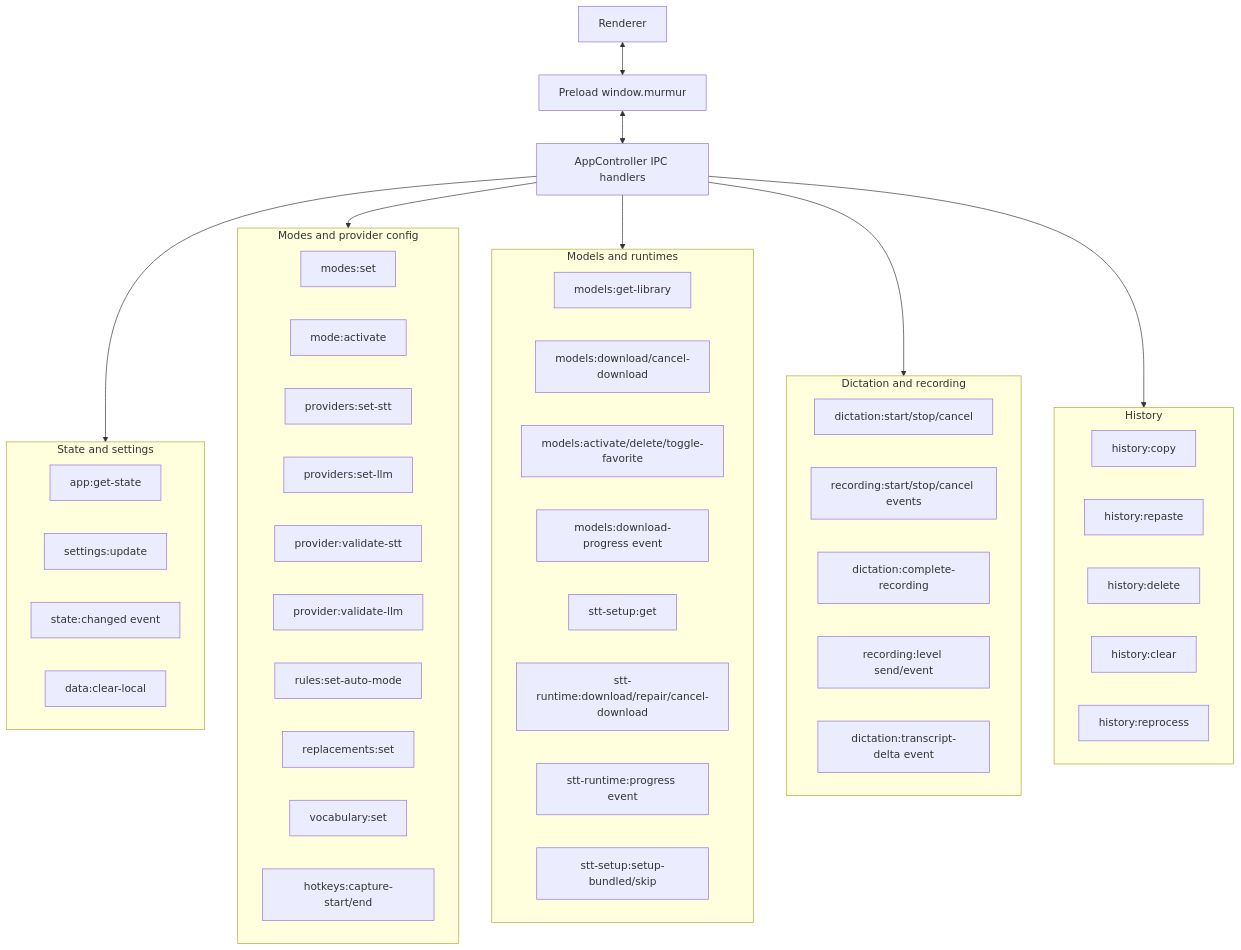
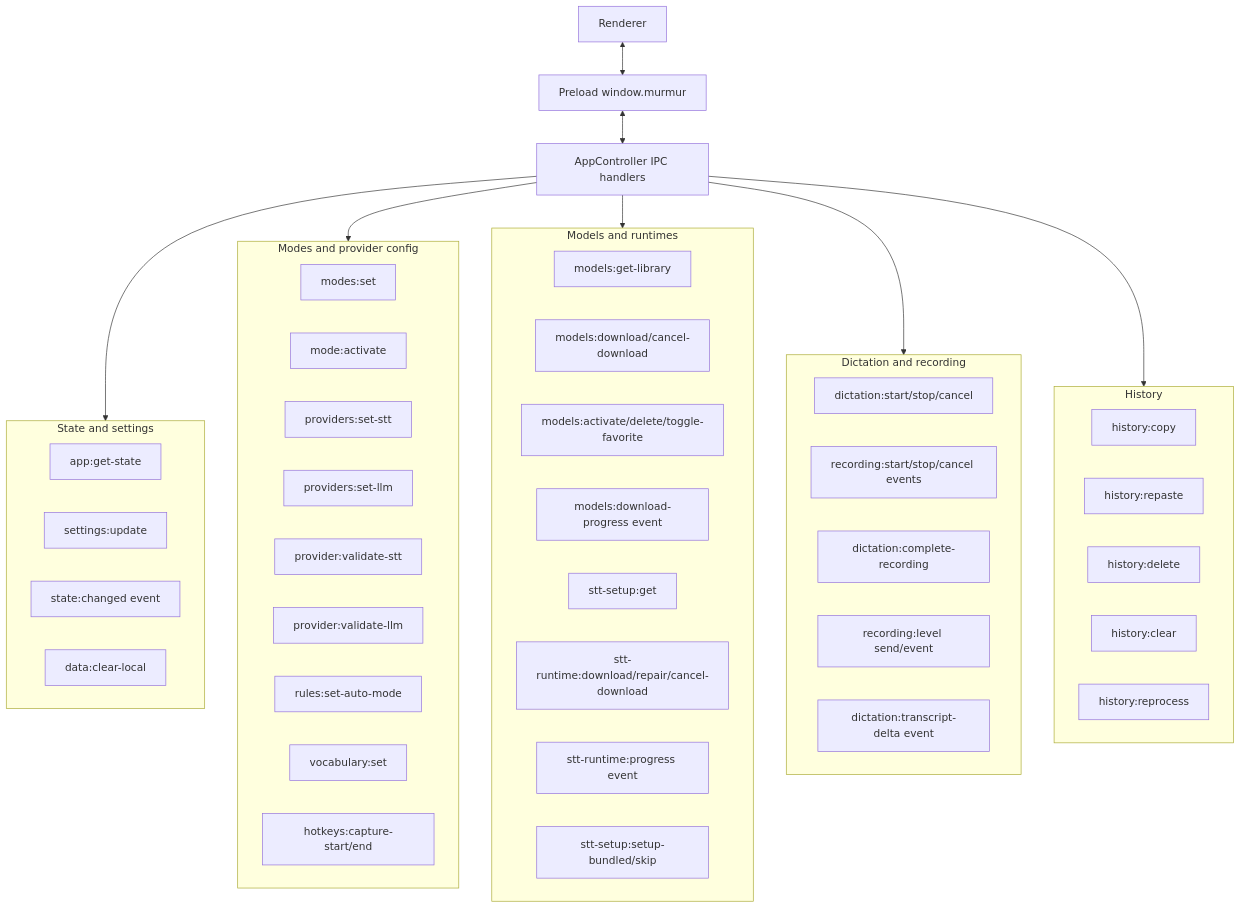
Before and after one commit to strxnd/murmur: the diagram in docs/architecture/processes-and-ipc.md, drawn with Mermaid. The commit also changed 50 other files, not shown here.

````diff
--- a/docs/architecture/processes-and-ipc.md
+++ b/docs/architecture/processes-and-ipc.md
@@ -5,62 +5,61 @@
 ```mermaid
 flowchart TB
   Renderer["Renderer"]
   Preload["Preload window.murmur"]
   Main["AppController IPC handlers"]
 
   Renderer <--> Preload
   Preload <--> Main
 
   subgraph State["State and settings"]
     S1["app:get-state"]
     S2["settings:update"]
     S3["state:changed event"]
     S4["data:clear-local"]
   end
 
   subgraph Config["Modes and provider config"]
     C1["modes:set"]
     C2["mode:activate"]
     C3["providers:set-stt"]
     C4["providers:set-llm"]
     C5["provider:validate-stt"]
     C6["provider:validate-llm"]
     C7["rules:set-auto-mode"]
-    C8["replacements:set"]
-    C9["vocabulary:set"]
-    C10["hotkeys:capture-start/end"]
+    C8["vocabulary:set"]
+    C9["hotkeys:capture-start/end"]
   end
 
   subgraph Models["Models and runtimes"]
     M1["models:get-library"]
     M2["models:download/cancel-download"]
     M3["models:activate/delete/toggle-favorite"]
     M4["models:download-progress event"]
     R1["stt-setup:get"]
     R2["stt-runtime:download/repair/cancel-download"]
     R3["stt-runtime:progress event"]
     R4["stt-setup:setup-bundled/skip"]
   end
 
   subgraph Dictation["Dictation and recording"]
     D1["dictation:start/stop/cancel"]
     D2["recording:start/stop/cancel events"]
     D3["dictation:complete-recording"]
     D4["recording:level send/event"]
     D5["dictation:transcript-delta event"]
   end
 
   subgraph History["History"]
     H1["history:copy"]
     H2["history:repaste"]
     H3["history:delete"]
     H4["history:clear"]
     H5["history:reprocess"]
   end
 
   Main --> State
   Main --> Config
   Main --> Models
   Main --> Dictation
   Main --> History
 ```
````
